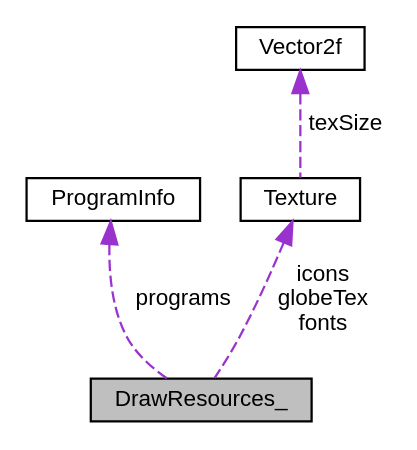
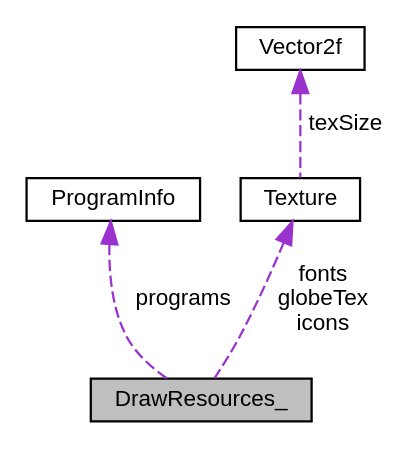
Before and after one commit to slakpi/piwx: the diagram in structDrawResources____coll__graph.dot, drawn with Graphviz. The commit also changed 420 other files, not shown here.

```diff
--- a/structDrawResources____coll__graph.dot
+++ b/structDrawResources____coll__graph.dot
@@ -1,12 +1,13 @@
 digraph "DrawResources_"
 {
+ // LATEX_PDF_SIZE
   edge [fontname="Helvetica",fontsize="10",labelfontname="Helvetica",labelfontsize="10"];
   node [fontname="Helvetica",fontsize="10",shape=record];
-  Node1 [label="DrawResources_",height=0.2,width=0.4,color="black", fillcolor="grey75", style="filled", fontcolor="black"];
+  Node1 [label="DrawResources_",height=0.2,width=0.4,color="black", fillcolor="grey75", style="filled", fontcolor="black",tooltip="Private implementation of the gfx DrawResources context."];
   Node2 -> Node1 [dir="back",color="darkorchid3",fontsize="10",style="dashed",label=" programs" ,fontname="Helvetica"];
-  Node2 [label="ProgramInfo",height=0.2,width=0.4,color="black", fillcolor="white", style="filled",URL="$structProgramInfo.html",tooltip="Shader program information. "];
-  Node3 -> Node1 [dir="back",color="darkorchid3",fontsize="10",style="dashed",label=" icons\nglobeTex\nfonts" ,fontname="Helvetica"];
-  Node3 [label="Texture",height=0.2,width=0.4,color="black", fillcolor="white", style="filled",URL="$structTexture.html",tooltip="Wrapper for a GL texture. "];
+  Node2 [label="ProgramInfo",height=0.2,width=0.4,color="black", fillcolor="white", style="filled",URL="$structProgramInfo.html",tooltip="Shader program information."];
+  Node3 -> Node1 [dir="back",color="darkorchid3",fontsize="10",style="dashed",label=" fonts\nglobeTex\nicons" ,fontname="Helvetica"];
+  Node3 [label="Texture",height=0.2,width=0.4,color="black", fillcolor="white", style="filled",URL="$structTexture.html",tooltip="Wrapper for a GL texture."];
   Node4 -> Node3 [dir="back",color="darkorchid3",fontsize="10",style="dashed",label=" texSize" ,fontname="Helvetica"];
-  Node4 [label="Vector2f",height=0.2,width=0.4,color="black", fillcolor="white", style="filled",URL="$unionVector2f.html",tooltip="2D floating-point vector with convenience accessors. "];
+  Node4 [label="Vector2f",height=0.2,width=0.4,color="black", fillcolor="white", style="filled",URL="$unionVector2f.html",tooltip="2D floating-point vector with convenience accessors."];
 }
```
